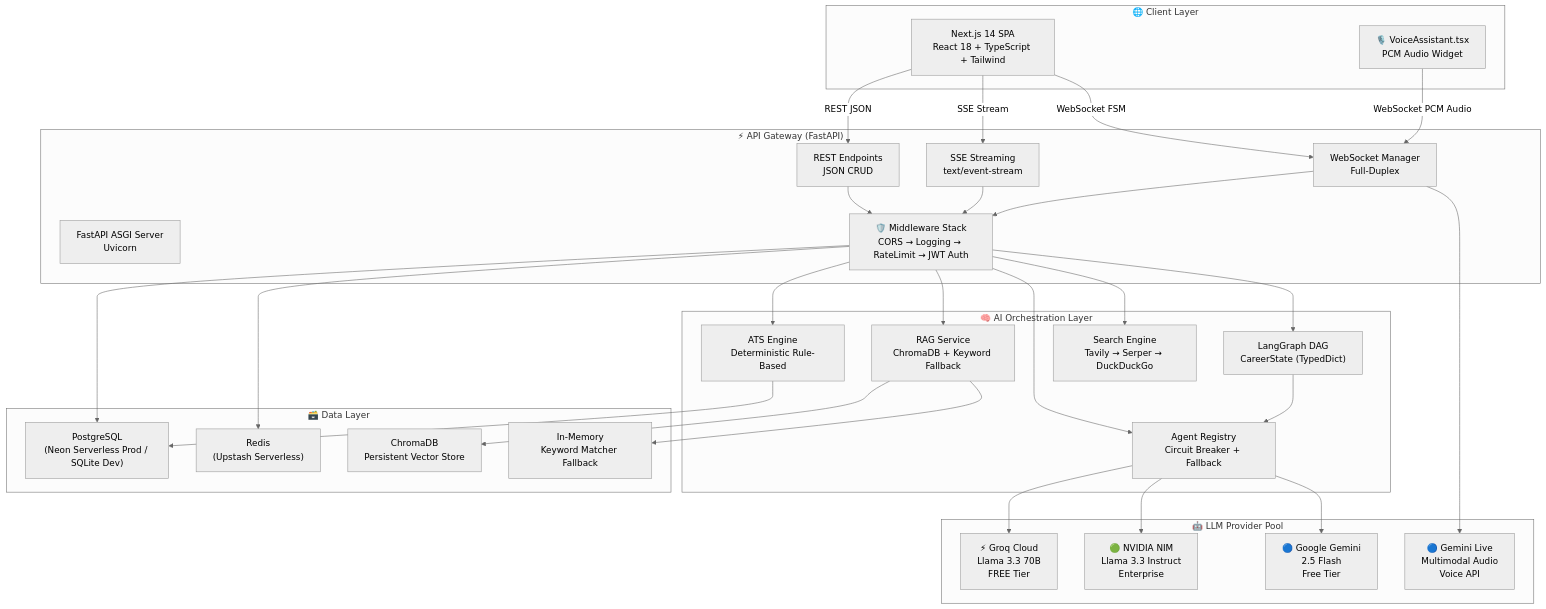
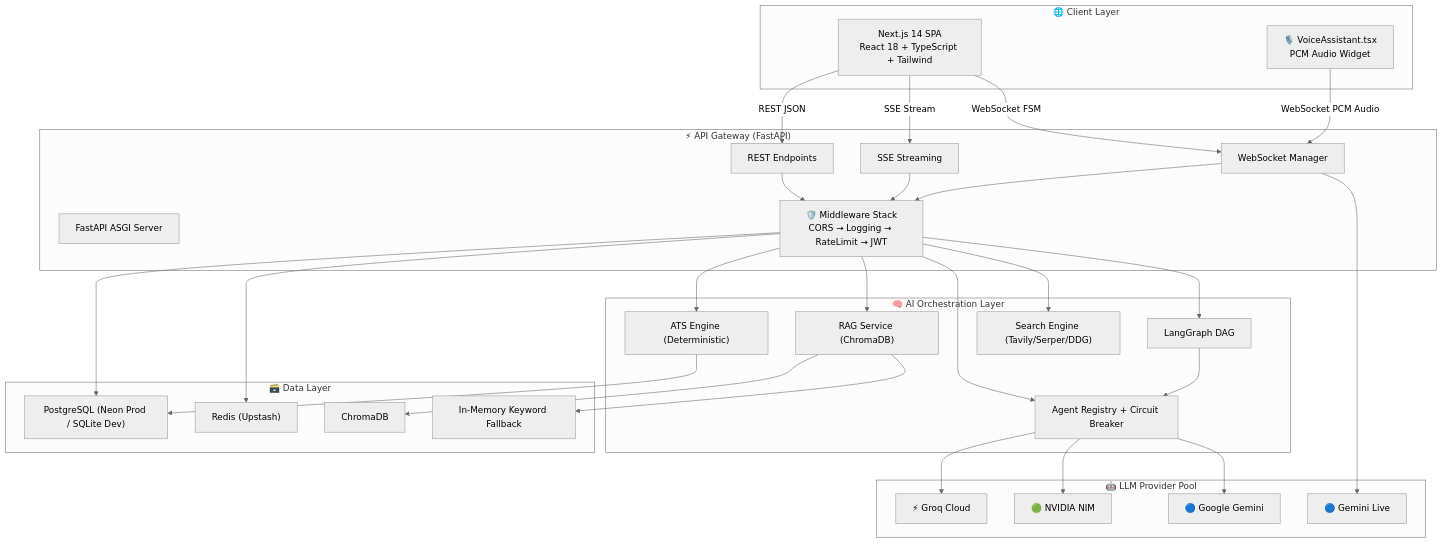
The first of 3 diagrams in README.md (Anil-Pradhan-web/ai-career-mentor), drawn with Mermaid (neutral theme) before and after one commit. The commit also changed other lines of this file and 2 other files, not shown here.

Commit message:
fix: project name to AI-CAREER-MENTOR, add complete project tree with all 200+ source files from actual file listing

````diff
--- a/README.md
+++ b/README.md
@@ -124,53 +108,51 @@
 ```mermaid
 graph TB
     subgraph "🌐 Client Layer"
         UI["Next.js 14 SPA<br/>React 18 + TypeScript + Tailwind"]
         VC["🎙️ VoiceAssistant.tsx<br/>PCM Audio Widget"]
     end
 
     subgraph "⚡ API Gateway (FastAPI)"
-        GATEWAY["FastAPI ASGI Server<br/>Uvicorn"]
-        API["REST Endpoints<br/>JSON CRUD"]
-        SSE["SSE Streaming<br/>text/event-stream"]
-        WS["WebSocket Manager<br/>Full-Duplex"]
-        MID["🛡️ Middleware Stack<br/>CORS → Logging → RateLimit → JWT Auth"]
+        GATEWAY["FastAPI ASGI Server"]
+        API["REST Endpoints"]
+        SSE["SSE Streaming"]
+        WS["WebSocket Manager"]
+        MID["🛡️ Middleware Stack<br/>CORS → Logging → RateLimit → JWT"]
     end
 
     subgraph "🧠 AI Orchestration Layer"
-        LANG["LangGraph DAG<br/>CareerState (TypedDict)"]
-        REG["Agent Registry<br/>Circuit Breaker + Fallback"]
-        ATS["ATS Engine<br/>Deterministic Rule-Based"]
-        RAG["RAG Service<br/>ChromaDB + Keyword Fallback"]
-        SE["Search Engine<br/>Tavily → Serper → DuckDuckGo"]
+        LANG["LangGraph DAG"]
+        REG["Agent Registry + Circuit Breaker"]
+        ATS["ATS Engine (Deterministic)"]
+        RAG["RAG Service (ChromaDB)"]
+        SE["Search Engine (Tavily/Serper/DDG)"]
     end
 
     subgraph "🤖 LLM Provider Pool"
-        GROQ["⚡ Groq Cloud<br/>Llama 3.3 70B<br/>FREE Tier"]
-        NVD["🟢 NVIDIA NIM<br/>Llama 3.3 Instruct<br/>Enterprise"]
-        GEM["🔵 Google Gemini<br/>2.5 Flash<br/>Free Tier"]
-        GML["🔵 Gemini Live<br/>Multimodal Audio<br/>Voice API"]
+        GROQ["⚡ Groq Cloud"]
+        NVD["🟢 NVIDIA NIM"]
+        GEM["🔵 Google Gemini"]
+        GML["🔵 Gemini Live"]
     end
 
     subgraph "🗃️ Data Layer"
-        PG["PostgreSQL<br/>(Neon Serverless Prod / SQLite Dev)"]
-        RD["Redis<br/>(Upstash Serverless)"]
-        CD["ChromaDB<br/>Persistent Vector Store"]
-        MEM["In-Memory<br/>Keyword Matcher Fallback"]
+        PG["PostgreSQL (Neon Prod / SQLite Dev)"]
+        RD["Redis (Upstash)"]
+        CD["ChromaDB"]
+        MEM["In-Memory Keyword Fallback"]
     end
 
     UI -->|"REST JSON"| API
     UI -->|"SSE Stream"| SSE
     UI -->|"WebSocket FSM"| WS
     VC -->|"WebSocket PCM Audio"| WS
     
     API & SSE & WS --> MID
     MID --> LANG & REG & ATS & RAG & SE
-    
     LANG --> REG
     REG --> GROQ & NVD & GEM
     WS --> GML
-    
     MID --> PG & RD
     RAG --> CD & MEM
     ATS --> PG
 ```
````
